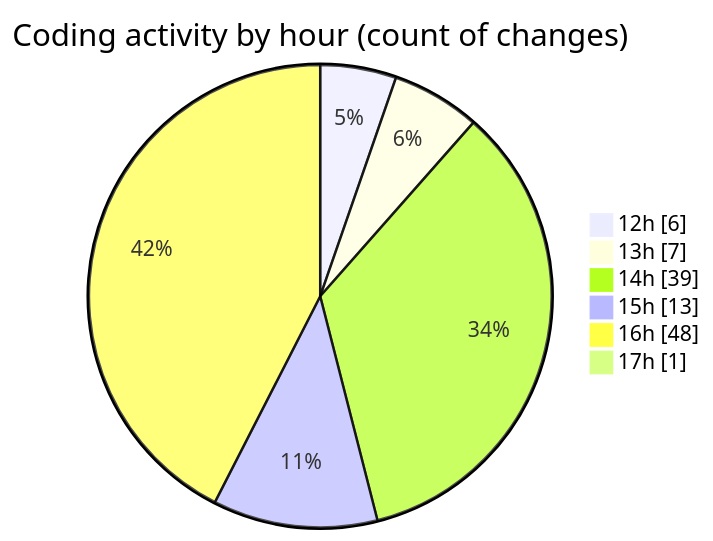
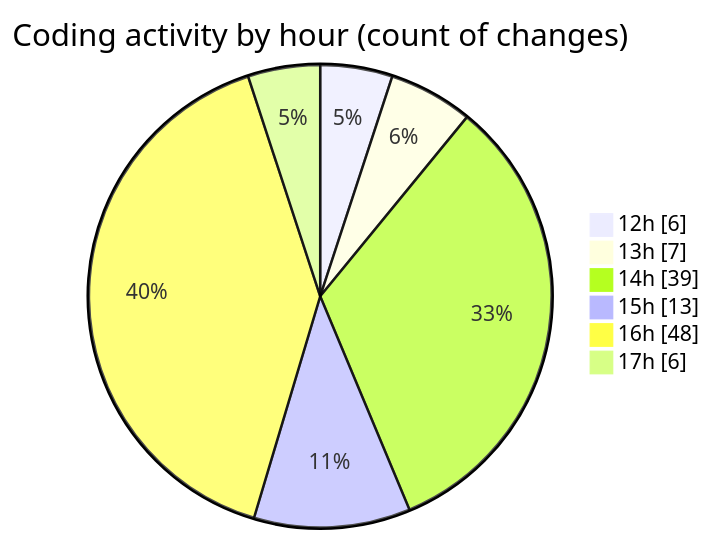
One commit to nxtqubesakshisongat/code-tracking changed the second of 2 diagrams in 2025-05-26/nxtqube_webapp/README.md. Above: the diagram before and after it, drawn with Mermaid. The commit also changed other lines of this file and 1 other file, not shown here.

````diff
--- a/2025-05-26/nxtqube_webapp/README.md
+++ b/2025-05-26/nxtqube_webapp/README.md
@@ -30,10 +30,10 @@
 ```mermaid
 pie showData
 title Coding activity by hour (count of changes)
 "12h" : 6
 "13h" : 7
 "14h" : 39
 "15h" : 13
 "16h" : 48
-"17h" : 1
+"17h" : 6
 ```
````
